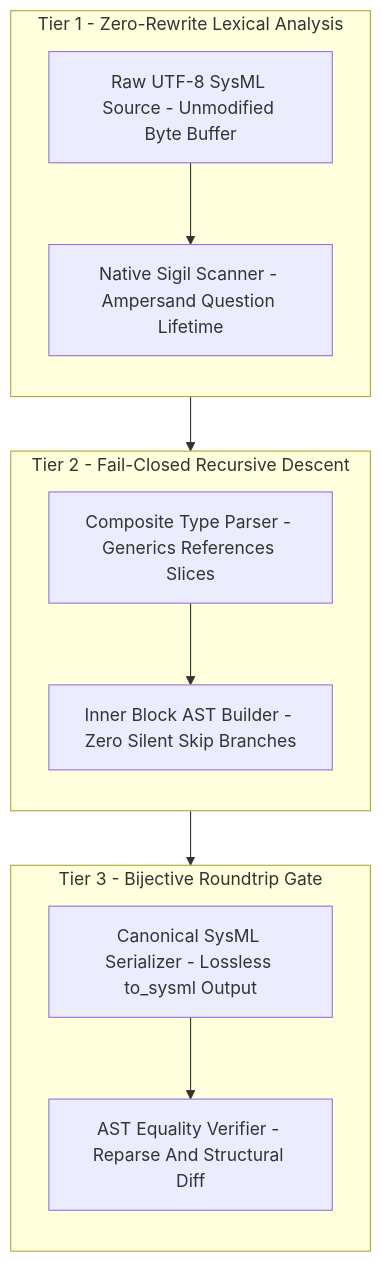
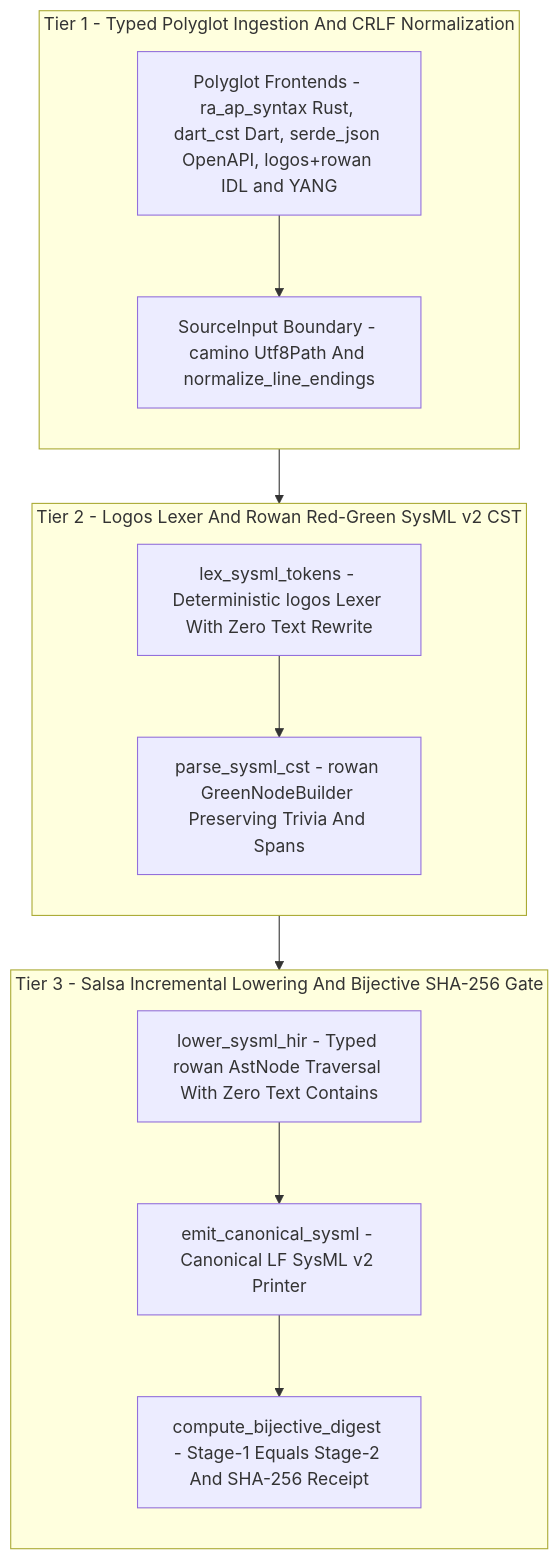
Before and after one commit to gintatkinson/DEAP01-spec-core: the second of 4 diagrams in docs/designs/blueprint-03-sysml-ast-bijective-roundtrip-compiler-gate.md, drawn with Mermaid. The commit also changed other lines of this file and 2 other files, not shown here.

Commit message:
docs(blueprints): refactor BP-03 onto logos, rowan SysML CST, and salsa queries

````diff
--- a/docs/designs/blueprint-03-sysml-ast-bijective-roundtrip-compiler-gate.md
+++ b/docs/designs/blueprint-03-sysml-ast-bijective-roundtrip-compiler-gate.md
@@ -132,26 +150,28 @@
 ```mermaid
 flowchart TD
-    subgraph "Tier 1 - Zero-Rewrite Lexical Analysis"
+    subgraph "Tier 1 - Typed Polyglot Ingestion And CRLF Normalization"
         direction TB
-        L1["Raw UTF-8 SysML Source - Unmodified Byte Buffer"]
-        L2["Native Sigil Scanner - Ampersand Question Lifetime"]
-        L1 --> L2
+        I1["Polyglot Frontends - ra_ap_syntax Rust, dart_cst Dart, serde_json OpenAPI, logos+rowan IDL and YANG"]
+        I2["SourceInput Boundary - camino Utf8Path And normalize_line_endings"]
+        I1 --> I2
     end
 
-    subgraph "Tier 2 - Fail-Closed Recursive Descent"
+    subgraph "Tier 2 - Logos Lexer And Rowan Red-Green SysML v2 CST"
         direction TB
-        P1["Composite Type Parser - Generics References Slices"]
-        P2["Inner Block AST Builder - Zero Silent Skip Branches"]
-        P1 --> P2
+        C1["lex_sysml_tokens - Deterministic logos Lexer With Zero Text Rewrite"]
+        C2["parse_sysml_cst - rowan GreenNodeBuilder Preserving Trivia And Spans"]
+        C1 --> C2
     end
 
-    subgraph "Tier 3 - Bijective Roundtrip Gate"
+    subgraph "Tier 3 - Salsa Incremental Lowering And Bijective SHA-256 Gate"
         direction TB
-        G1["Canonical SysML Serializer - Lossless to_sysml Output"]
-        G2["AST Equality Verifier - Reparse And Structural Diff"]
-        G1 --> G2
+        S1["lower_sysml_hir - Typed rowan AstNode Traversal With Zero Text Contains"]
+        S2["emit_canonical_sysml - Canonical LF SysML v2 Printer"]
+        S3["compute_bijective_digest - Stage-1 Equals Stage-2 And SHA-256 Receipt"]
+        S1 --> S2
+        S2 --> S3
     end
 
-    L2 --> P1
-    P2 --> G1
+    I2 --> C1
+    C2 --> S1
 ```
````
